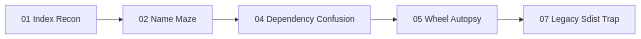
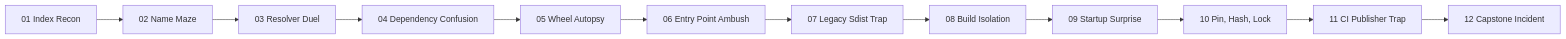
The diagram in docs/index.md (alex-au-922/HKPUG-Meetup-PyPI-Challenge), drawn with Mermaid before and after one commit. The commit also changed other lines of this file and 38 other files, not shown here.

````diff
--- a/docs/index.md
+++ b/docs/index.md
@@ -35,7 +35,14 @@
 ```mermaid
 flowchart LR
   F01["01 Index Recon"] --> F02["02 Name Maze"]
-  F02 --> F04["04 Dependency Confusion"]
+  F02 --> F03["03 Resolver Duel"]
+  F03 --> F04["04 Dependency Confusion"]
   F04 --> F05["05 Wheel Autopsy"]
-  F05 --> F07["07 Legacy Sdist Trap"]
+  F05 --> F06["06 Entry Point Ambush"]
+  F06 --> F07["07 Legacy Sdist Trap"]
+  F07 --> F08["08 Build Isolation"]
+  F08 --> F09["09 Startup Surprise"]
+  F09 --> F10["10 Pin, Hash, Lock"]
+  F10 --> F11["11 CI Publisher Trap"]
+  F11 --> F12["12 Capstone Incident"]
 ```
````
